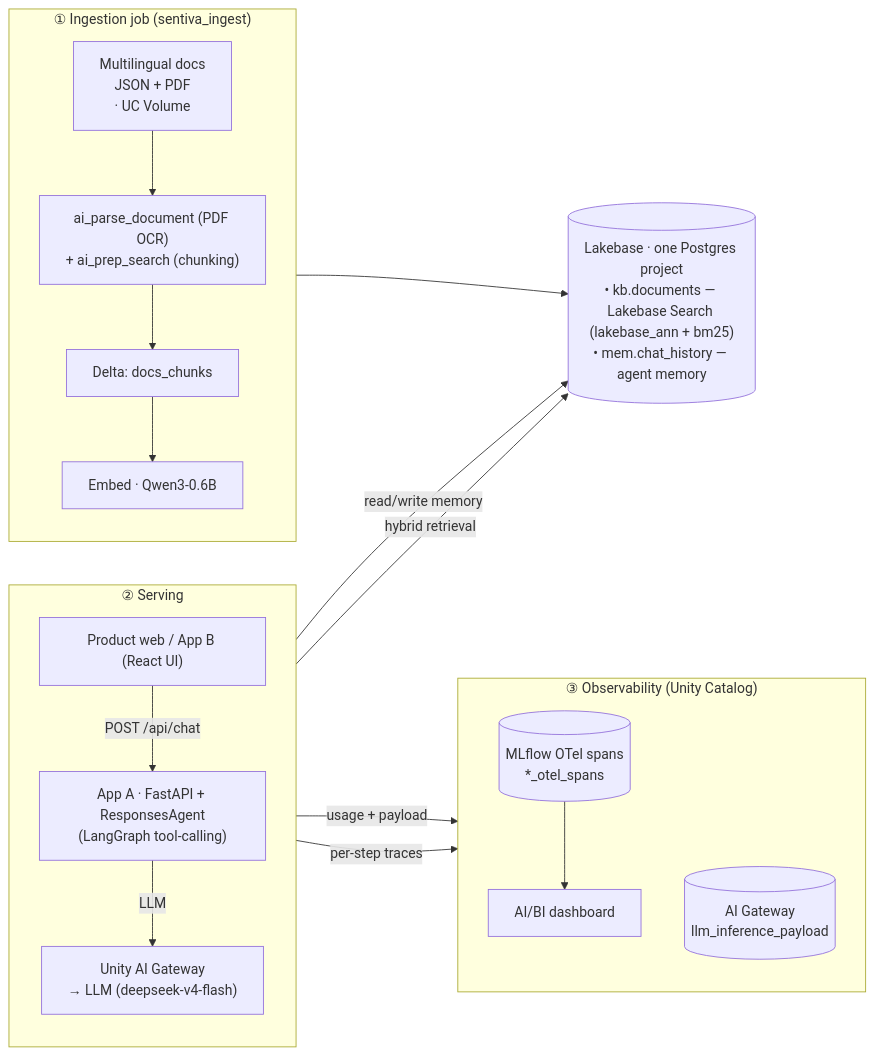
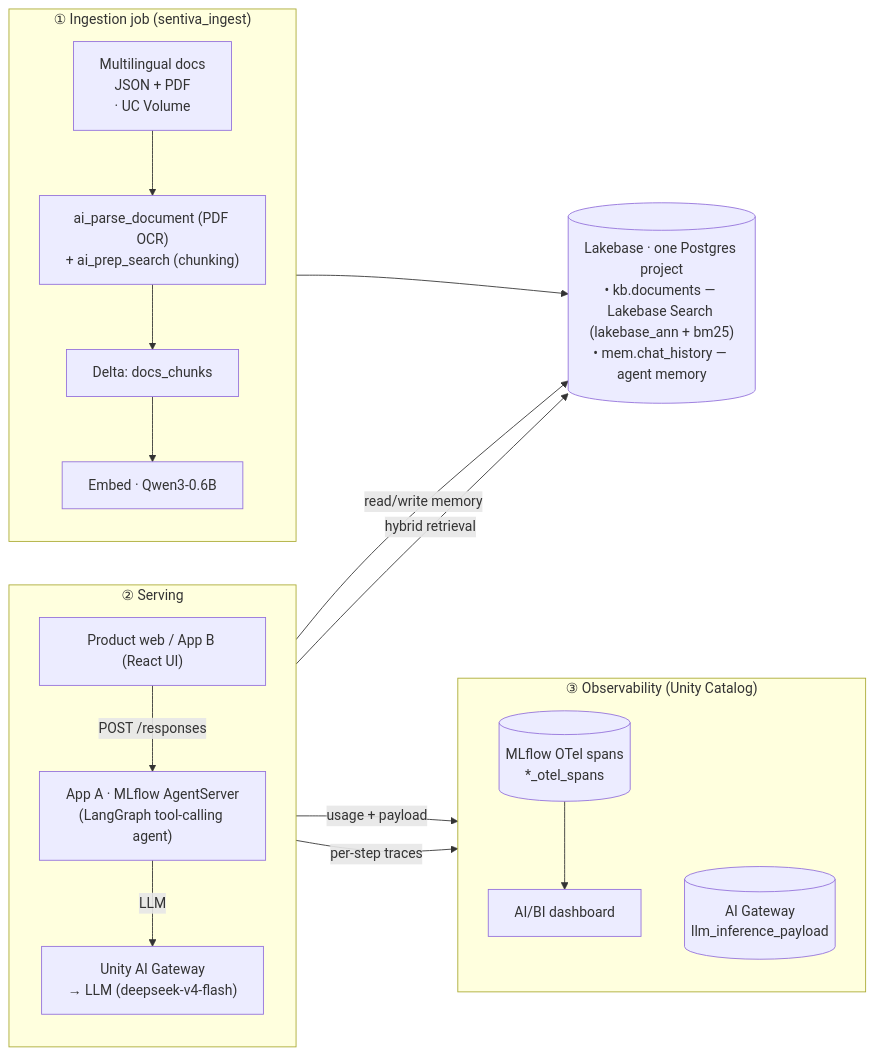
One commit to eric80116/databricks-lakebase-rag-agent-demo changed the diagram in README.md. Above: the diagram before and after it, drawn with Mermaid. The commit also changed other lines of this file and 5 other files, not shown here.

First line of the commit message:
docs: refresh for the AgentServer migration + add GitHub Pages entry

````diff
--- a/README.md
+++ b/README.md
@@ -16,37 +16,37 @@
 ```mermaid
 flowchart LR
   subgraph Ingest["① Ingestion job (sentiva_ingest)"]
     direction TB
     docs["Multilingual docs<br/>JSON + PDF<br/>· UC Volume"]
     parse["ai_parse_document (PDF OCR)<br/>+ ai_prep_search (chunking)"]
     delta["Delta: docs_chunks"]
     embed["Embed · Qwen3-0.6B"]
     docs --> parse --> delta --> embed
   end
 
   lakebase[("Lakebase · one Postgres project<br/>• kb.documents — Lakebase Search (lakebase_ann + bm25)<br/>• mem.chat_history — agent memory")]
   embed --> lakebase
 
   subgraph Serve["② Serving"]
     direction TB
     web["Product web / App B (React UI)"]
-    appA["App A · FastAPI + ResponsesAgent<br/>(LangGraph tool-calling)"]
+    appA["App A · MLflow AgentServer<br/>(LangGraph tool-calling agent)"]
     gw["Unity AI Gateway<br/>→ LLM (deepseek-v4-flash)"]
-    web -->|POST /api/chat| appA
+    web -->|POST /responses| appA
     appA -->|LLM| gw
   end
 
   appA -->|hybrid retrieval| lakebase
   appA -->|read/write memory| lakebase
 
   subgraph Obs["③ Observability (Unity Catalog)"]
     direction TB
     otel[("MLflow OTel spans<br/>*_otel_spans")]
     inf[("AI Gateway<br/>llm_inference_payload")]
     dash["AI/BI dashboard"]
     otel --> dash
   end
 
   appA -->|per-step traces| otel
   gw -->|usage + payload| inf
 ```
````
